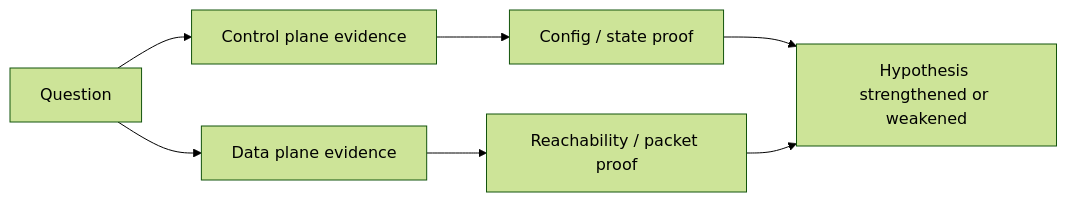
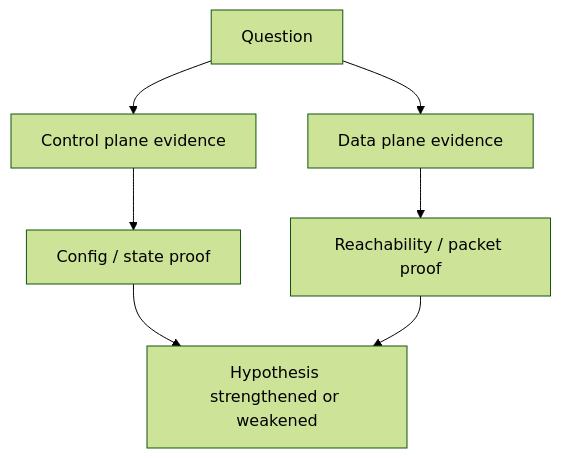
Before and after one commit to yeongseon/azure-networking-practical-guide: the diagram in docs/troubleshooting/evidence-map.md, drawn with Mermaid (forest theme). The commit also changed 29 other files, not shown here.

First line of the commit message:
docs: convert LR diagrams to TD for readability and add orientation rule

````diff
--- a/docs/troubleshooting/evidence-map.md
+++ b/docs/troubleshooting/evidence-map.md
@@ -19,9 +19,9 @@
 ```mermaid
-flowchart LR
+flowchart TD
     A[Question] --> B[Control plane evidence]
     A --> C[Data plane evidence]
     B --> D[Config / state proof]
     C --> E[Reachability / packet proof]
     D --> F[Hypothesis strengthened or weakened]
     E --> F
 ```
````
